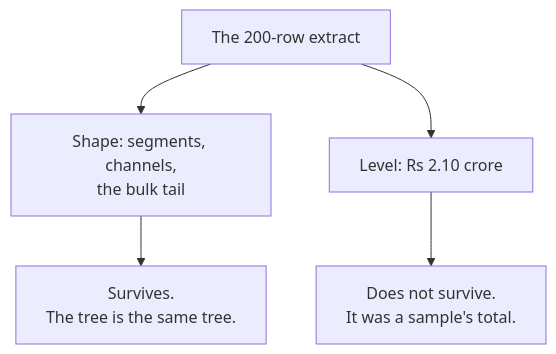
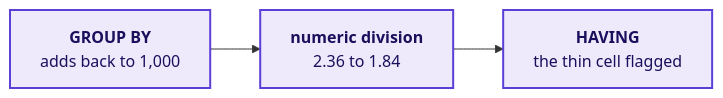
Diagram 17 of 23 in content/W02/D1/slides/C2_W02_D01_half1_STUDENT.md (fde-academy-lab/c2-content-factory), drawn with Mermaid before and after one commit. The commit also changed other lines of this file and 3 other files, not shown here.

````diff
--- a/content/W02/D1/slides/C2_W02_D01_half1_STUDENT.md
+++ b/content/W02/D1/slides/C2_W02_D01_half1_STUDENT.md
@@ -202,7 +660,6 @@
 ```mermaid
-flowchart TD
-    A["The 200-row extract"] --> B["Shape: segments, channels,<br/>the bulk tail"]
-    A --> C["Level: Rs 2.10 crore"]
-    B --> D["Survives.<br/>The tree is the same tree."]
-    C --> E["Does not survive.<br/>It was a sample's total."]
+flowchart LR
+    A["<b>GROUP BY</b><br/>adds back to 1,000"] --> B["<b>numeric division</b><br/>2.36 to 1.84"] --> C["<b>HAVING</b><br/>the thin cell flagged"]
+    classDef known fill:#EEEAFB,stroke:#5B3FD6,color:#1A0F5C,stroke-width:2px
+    class A,B,C known
 ```
````
